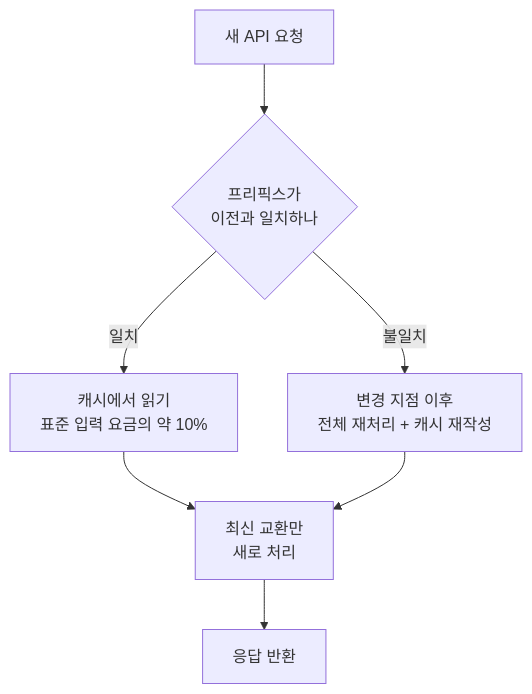
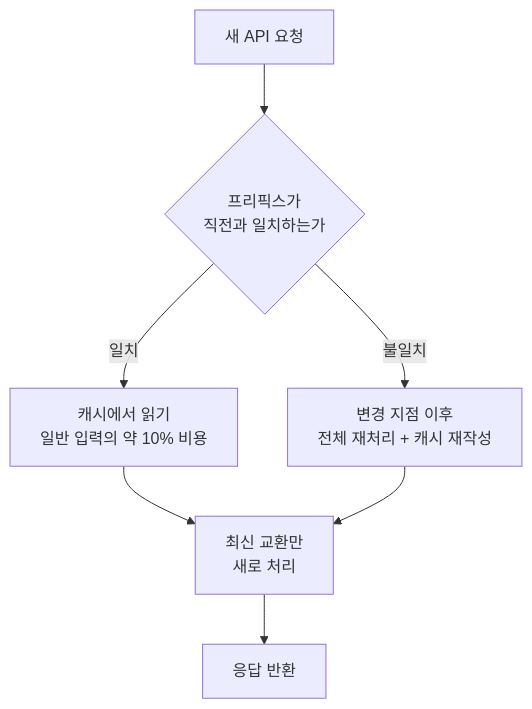
The diagram in docs-site/content/ko/claude-code/context-memory/prompt-caching.md (modu-ai/moai-adk), drawn with Mermaid before and after one commit. The commit also changed other lines of this file and 5 other files, not shown here.

````diff
--- a/docs-site/content/ko/claude-code/context-memory/prompt-caching.md
+++ b/docs-site/content/ko/claude-code/context-memory/prompt-caching.md
@@ -34,9 +36,9 @@
 ```mermaid
 flowchart TD
-    A[새 API 요청] --> B{프리픽스가<br>이전과 일치하나}
-    B -->|일치| C[캐시에서 읽기<br>표준 입력 요금의 약 10%]
-    B -->|불일치| D[변경 지점 이후<br>전체 재처리 + 캐시 재작성]
-    C --> E[최신 교환만<br>새로 처리]
+    A[새 API 요청] --> B{프리픽스가<br/>직전과 일치하는가}
+    B -->|일치| C[캐시에서 읽기<br/>일반 입력의 약 10% 비용]
+    B -->|불일치| D[변경 지점 이후<br/>전체 재처리 + 캐시 재작성]
+    C --> E[최신 교환만<br/>새로 처리]
     D --> E
     E --> F[응답 반환]
 ```
````
